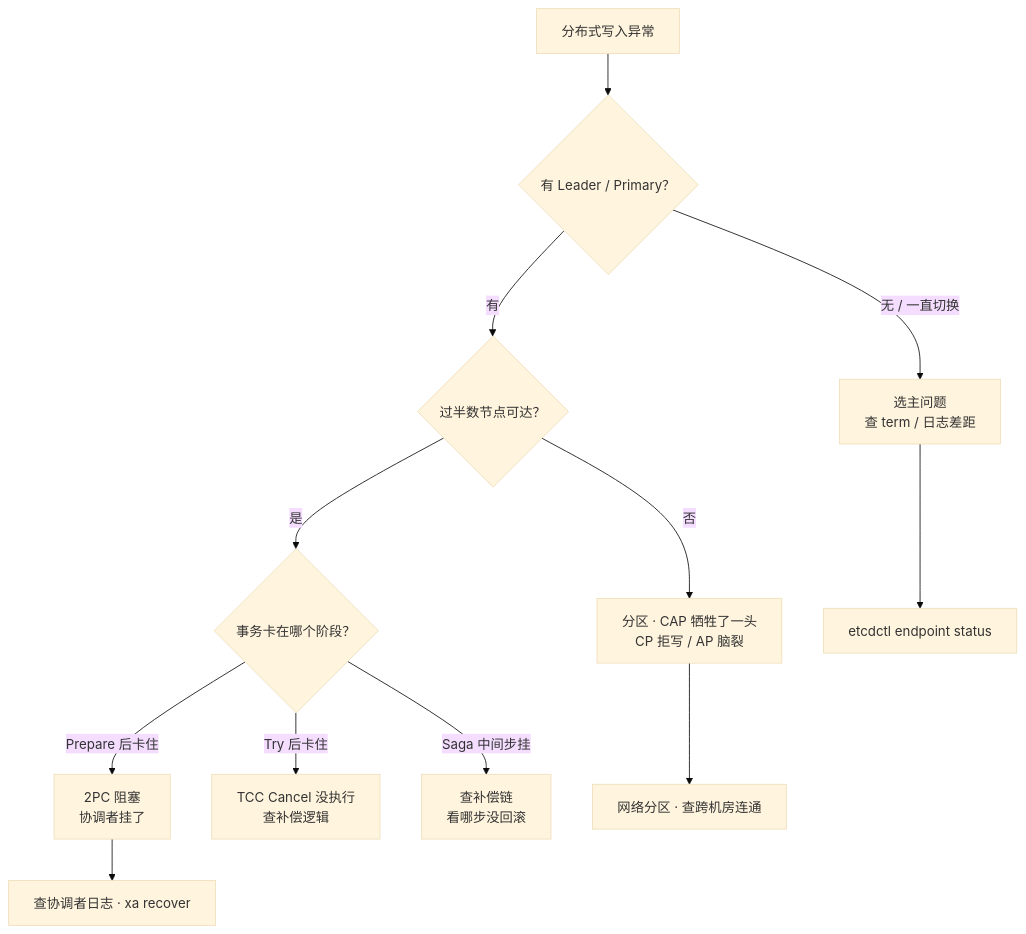
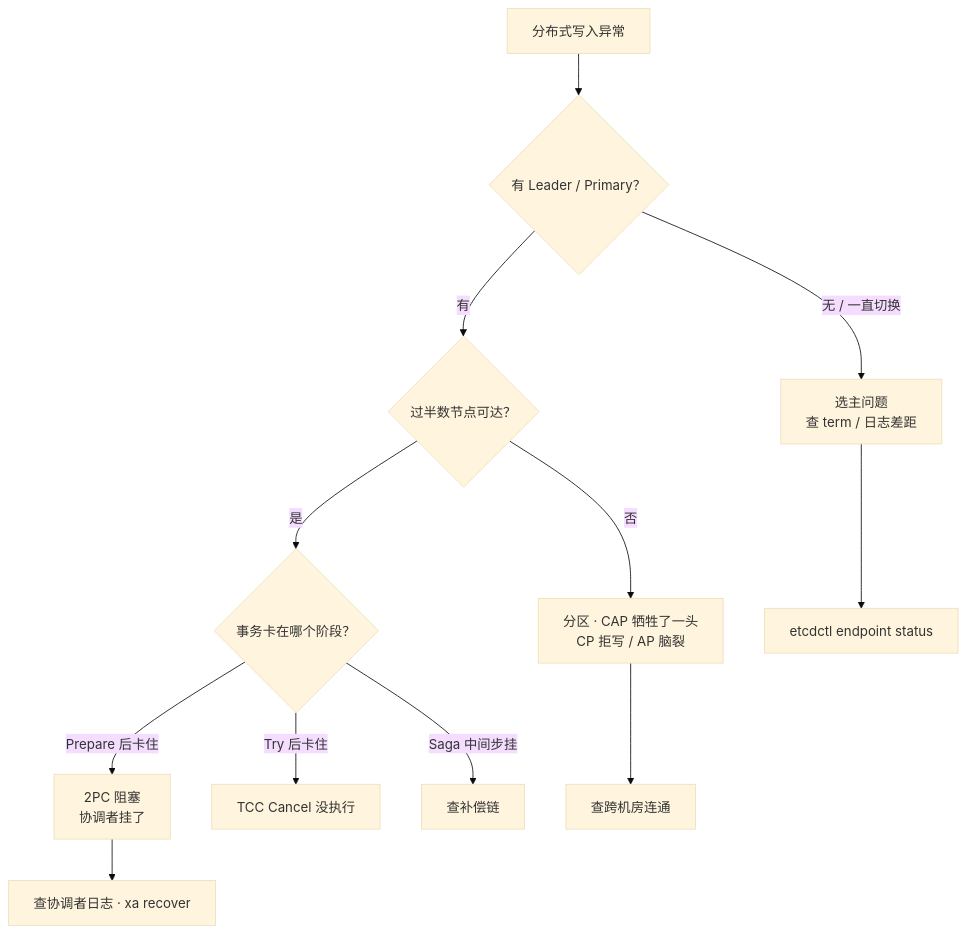
One commit to ml-cuizijun/LearnToLilith changed diagram 11 of 11 in 02-中间件与数据库/06-分布式理论与一致性/知识点.md. Above: the diagram before and after it, drawn with Mermaid (base theme). The commit also changed other lines of this file and 178 other files, not shown here.

````diff
--- a/02-中间件与数据库/06-分布式理论与一致性/知识点.md
+++ b/02-中间件与数据库/06-分布式理论与一致性/知识点.md
@@ -481,14 +511,14 @@
 ```mermaid
 flowchart TB
     A["分布式写入异常"] --> B{"有 Leader / Primary？"}
     B -->|无 / 一直切换| E["选主问题<br/>查 term / 日志差距"]
     B -->|有| C{"过半数节点可达？"}
     C -->|否| P["分区 · CAP 牺牲了一头<br/>CP 拒写 / AP 脑裂"]
     C -->|是| D{"事务卡在哪个阶段？"}
     D -->|Prepare 后卡住| T1["2PC 阻塞<br/>协调者挂了"]
-    D -->|Try 后卡住| T2["TCC Cancel 没执行<br/>查补偿逻辑"]
-    D -->|Saga 中间步挂| T3["查补偿链<br/>看哪步没回滚"]
+    D -->|Try 后卡住| T2["TCC Cancel 没执行"]
+    D -->|Saga 中间步挂| T3["查补偿链"]
     E --> E1["etcdctl endpoint status"]
-    P --> P1["网络分区 · 查跨机房连通"]
+    P --> P1["查跨机房连通"]
     T1 --> T1A["查协调者日志 · xa recover"]
 ```
````
